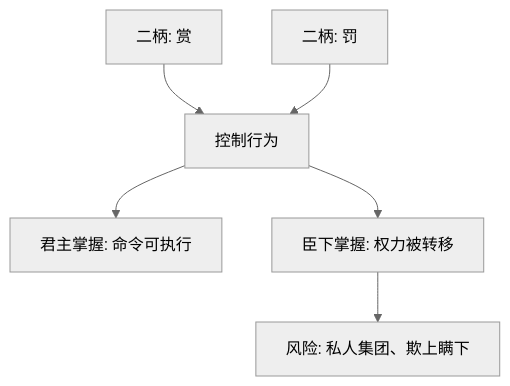
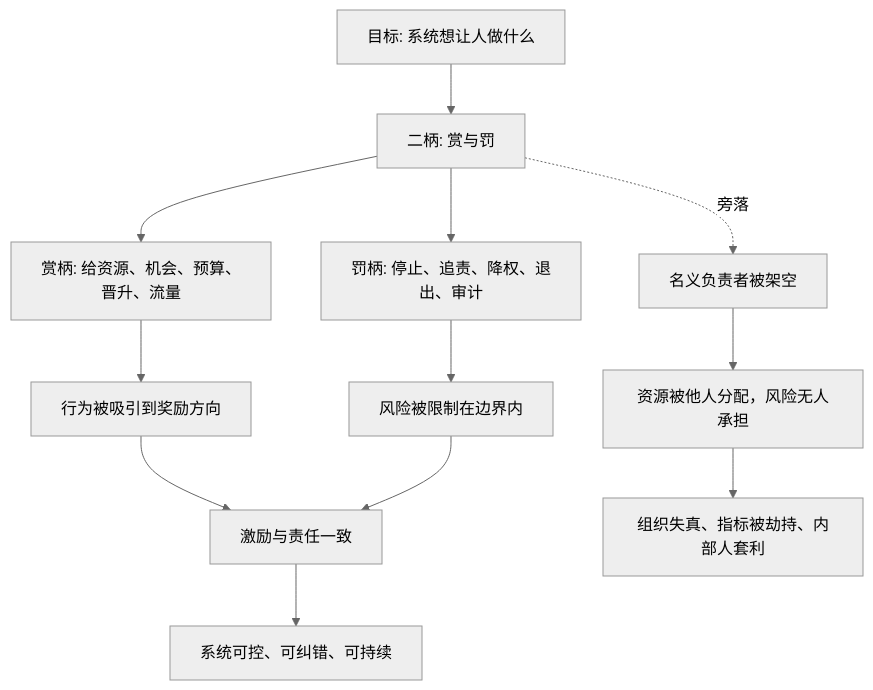
Before and after one commit to digoal/blog: the diagram in 202605/20260518_11.md, drawn with Mermaid (neutral theme). The commit also changed other lines of this file and 14 other files, not shown here.

````diff
--- a/202605/20260518_11.md
+++ b/202605/20260518_11.md
@@ -22,8 +24,14 @@
 ```mermaid
 flowchart TB
-  A["二柄: 赏"] --> C["控制行为"]
-  B["二柄: 罚"] --> C
-  C --> D["君主掌握: 命令可执行"]
-  C --> E["臣下掌握: 权力被转移"]
-  E --> F["风险: 私人集团、欺上瞒下"]
+  A["目标: 系统想让人做什么"] --> B["二柄: 赏与罚"]
+  B --> C["赏柄: 给资源、机会、预算、晋升、流量"]
+  B --> D["罚柄: 停止、追责、降权、退出、审计"]
+  C --> E["行为被吸引到奖励方向"]
+  D --> F["风险被限制在边界内"]
+  E --> G["激励与责任一致"]
+  F --> G
+  G --> H["系统可控、可纠错、可持续"]
+  B -. "旁落" .-> I["名义负责者被架空"]
+  I --> J["资源被他人分配，风险无人承担"]
+  J --> K["组织失真、指标被劫持、内部人套利"]
 ```
````
